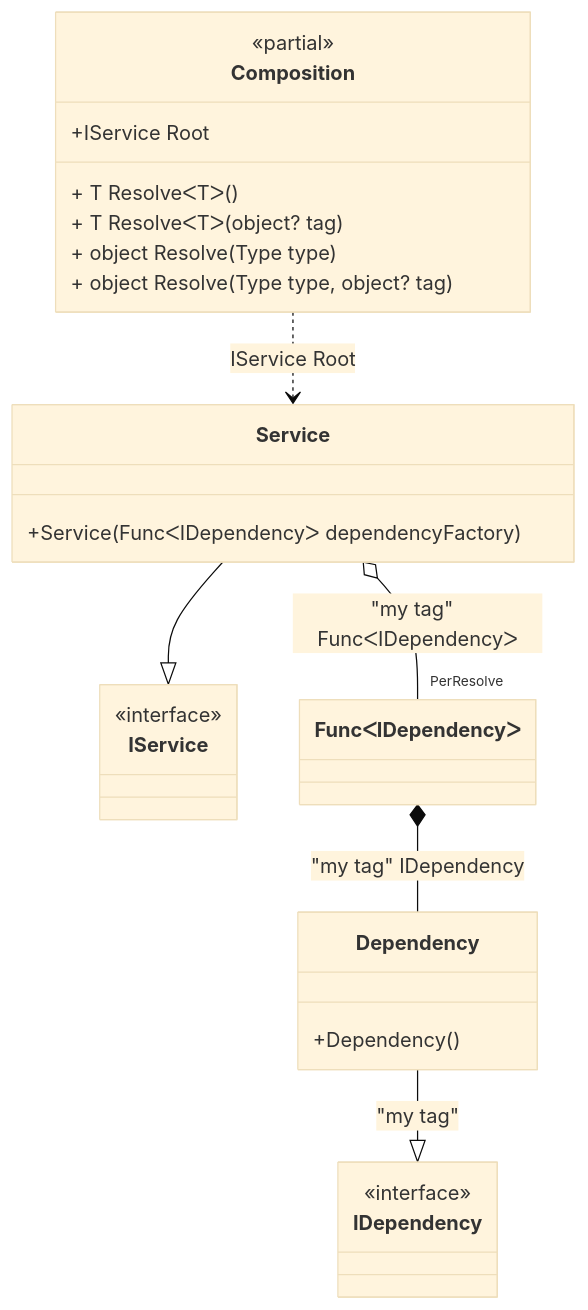
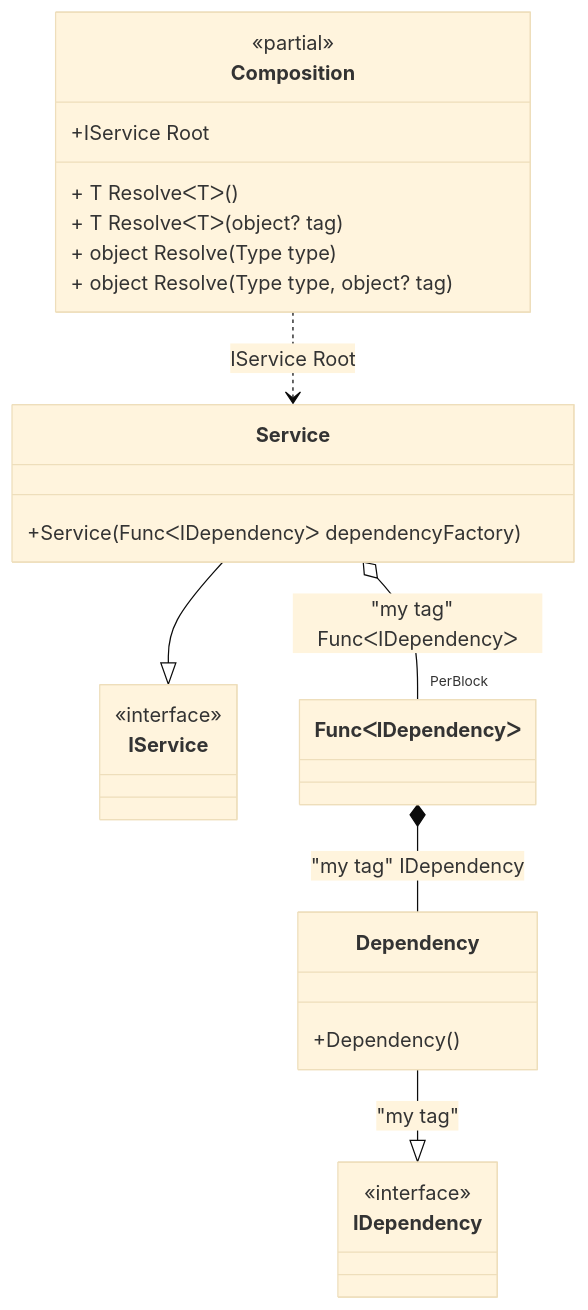
One commit to DevTeam/Pure.DI changed the diagram in readme/func-with-tag.md. Above: the diagram before and after it, drawn with Mermaid (base theme). The commit also changed other lines of this file and 33 other files, not shown here.

````diff
--- a/readme/func-with-tag.md
+++ b/readme/func-with-tag.md
@@ -203,29 +190,29 @@
 ```mermaid
 classDiagram
 	class Composition {
 		<<partial>>
 		+IService Root
 		+ T ResolveᐸTᐳ()
 		+ T ResolveᐸTᐳ(object? tag)
 		+ object Resolve(Type type)
 		+ object Resolve(Type type, object? tag)
 	}
 	Dependency --|> IDependency : "my tag" 
 	class Dependency {
 		+Dependency()
 	}
 	Service --|> IService
 	class Service {
 		+Service(FuncᐸIDependencyᐳ dependencyFactory)
 	}
 	class FuncᐸIDependencyᐳ
 	class IDependency {
 		<<interface>>
 	}
 	class IService {
 		<<interface>>
 	}
 	Composition ..> Service : IService Root
-	Service o-- "PerResolve" FuncᐸIDependencyᐳ : "my tag"  FuncᐸIDependencyᐳ
+	Service o-- "PerBlock" FuncᐸIDependencyᐳ : "my tag"  FuncᐸIDependencyᐳ
 	FuncᐸIDependencyᐳ *--  Dependency : "my tag"  IDependency
 ```
````
